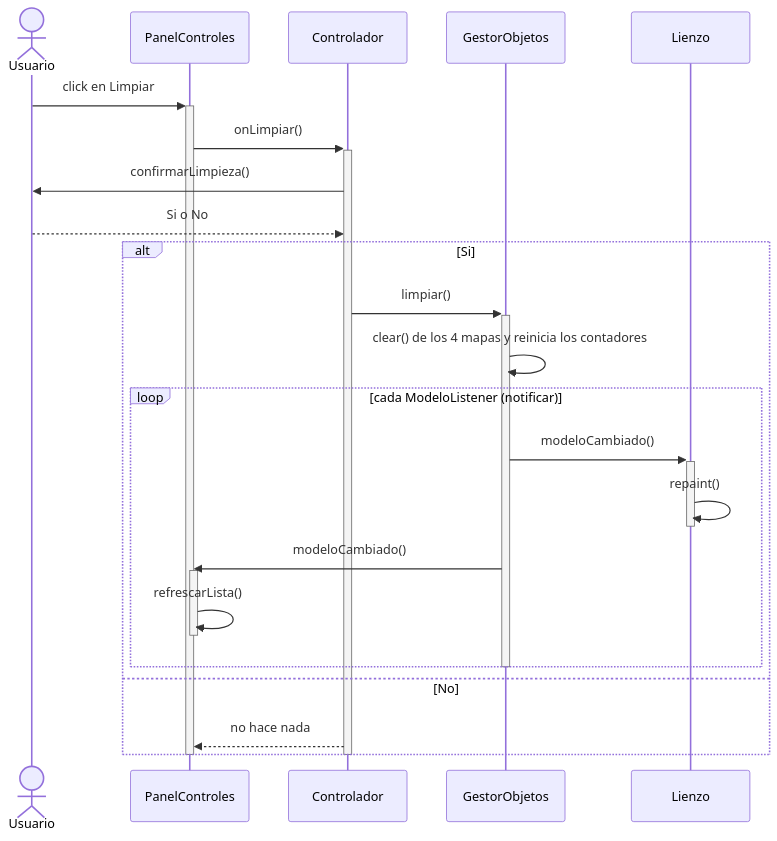
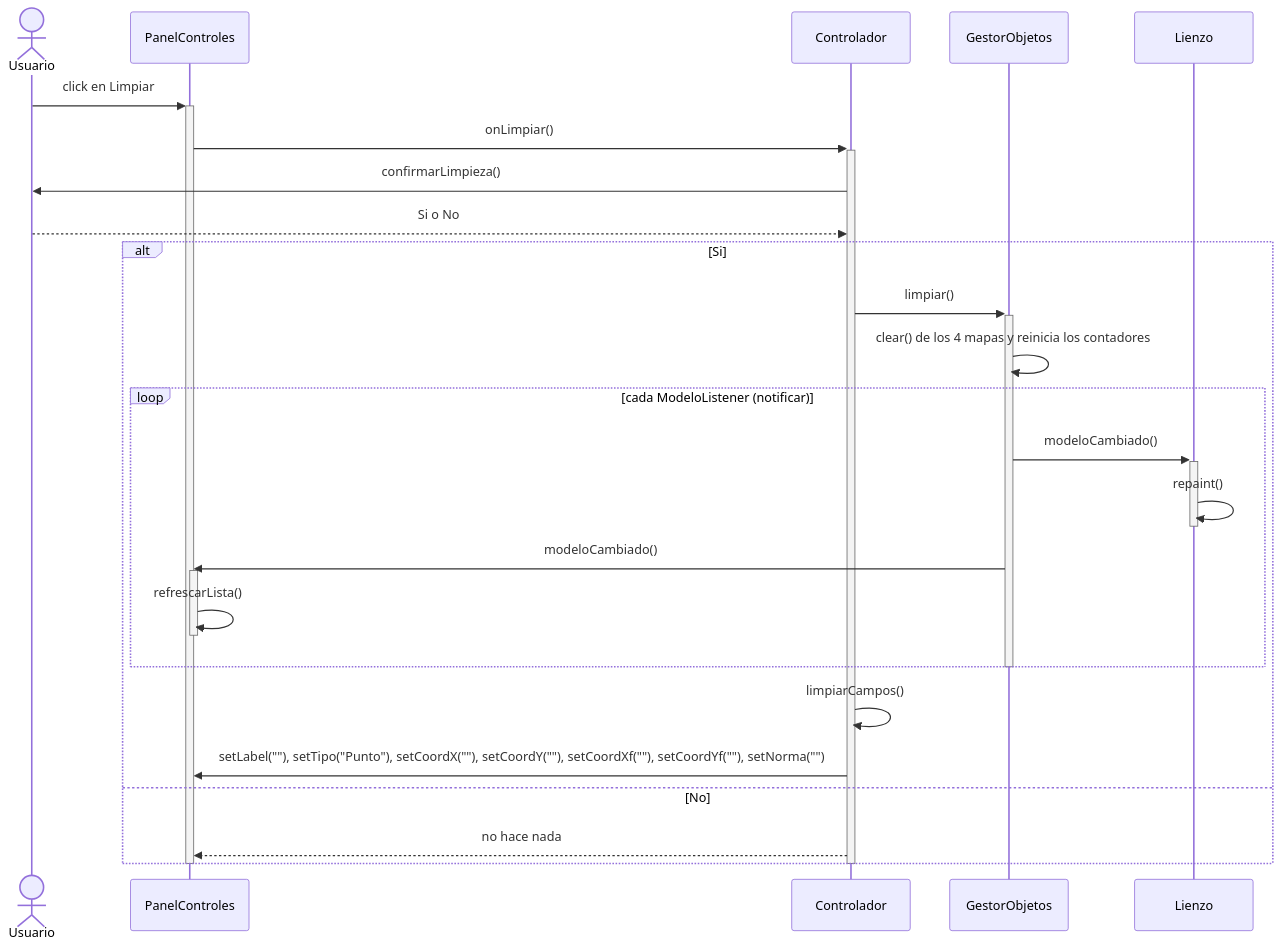
Before and after one commit to Zagon22/Geogebra-Clon: the fifth of 15 diagrams in Documentos/diagramas-secuencia.md, drawn with Mermaid. The commit also changed other lines of this file, not shown here.

Commit message:
agregado método para limpiar campos en las secuencias de los CU 5 y 8 (limpiar y eliminar)

````diff
--- a/Documentos/diagramas-secuencia.md
+++ b/Documentos/diagramas-secuencia.md
@@ -160,30 +160,32 @@
 ```mermaid
 sequenceDiagram
     actor U as Usuario
     participant PC as PanelControles
     participant C as Controlador
     participant G as GestorObjetos
     participant L as Lienzo
 
     U->>+PC: click en Limpiar
     PC->>+C: onLimpiar()
     C->>U: confirmarLimpieza()
     U-->>C: Si o No
     alt Si
         C->>+G: limpiar()
         G->>G: clear() de los 4 mapas y reinicia los contadores
         loop cada ModeloListener (notificar)
             G->>+L: modeloCambiado()
             L->>L: repaint()
             deactivate L
             G->>+PC: modeloCambiado()
             PC->>PC: refrescarLista()
             deactivate PC
         end
         deactivate G
+        C->>C: limpiarCampos()
+        C->>PC: setLabel(""), setTipo("Punto"), setCoordX(""), setCoordY(""), setCoordXf(""), setCoordYf(""), setNorma("")
     else No
         C-->>PC: no hace nada
     end
     deactivate C
     deactivate PC
 ```
````
